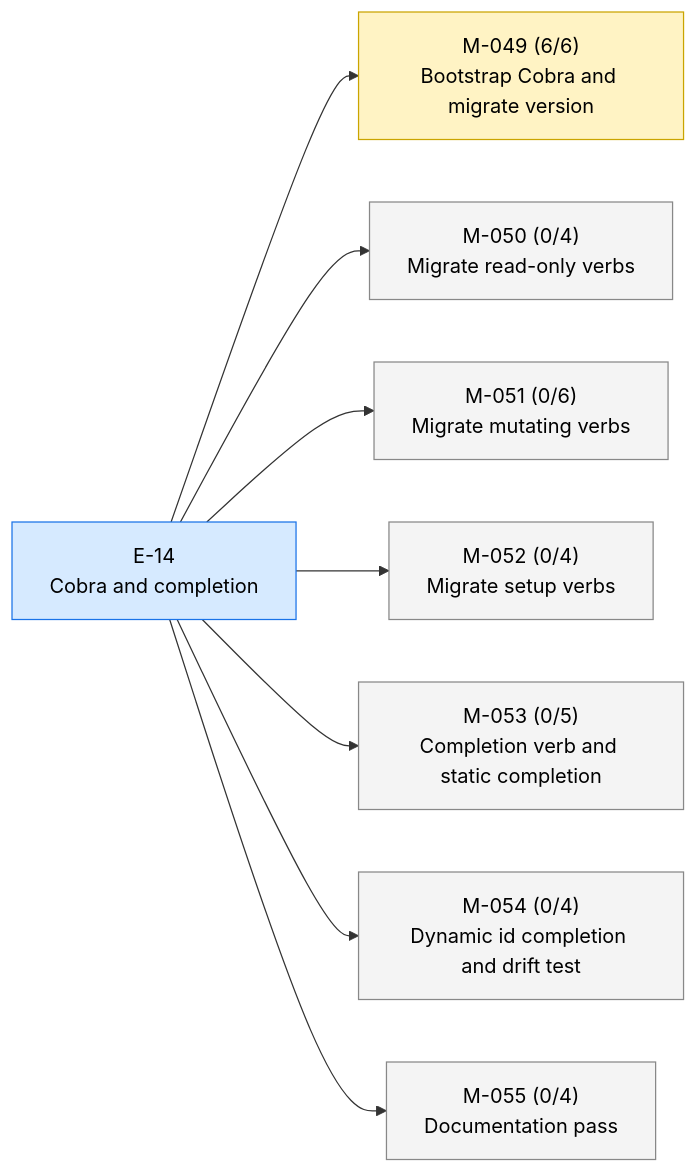
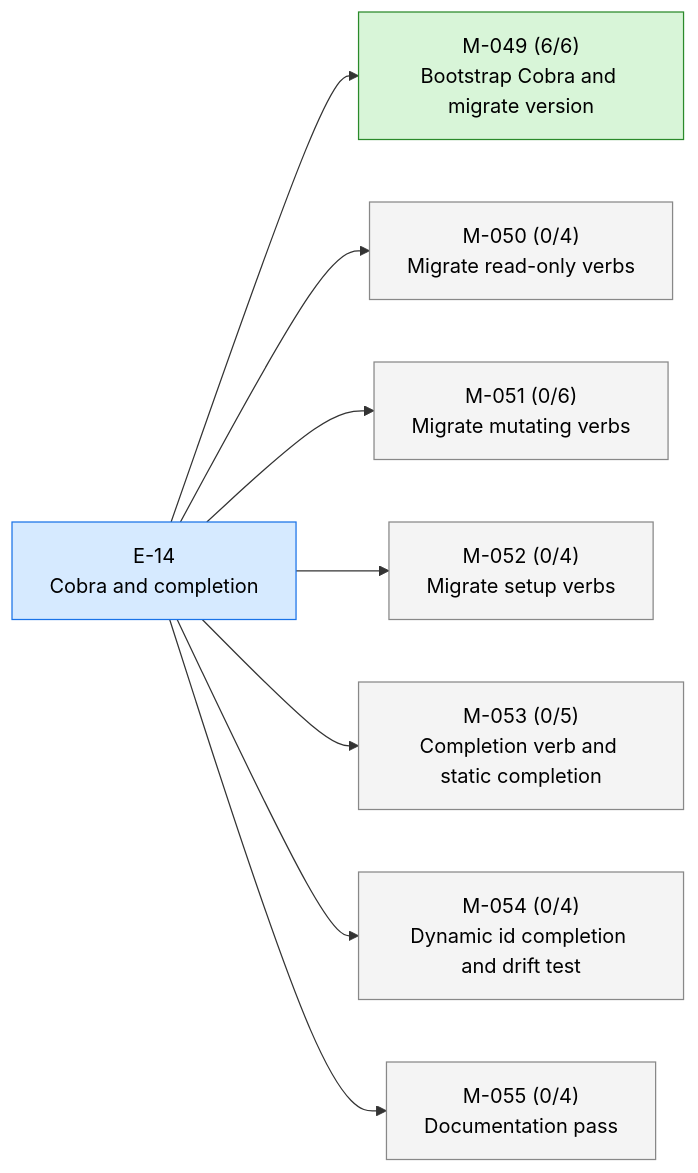
Before and after one commit to 23min/aiwf: the first of 2 diagrams in STATUS.md, drawn with Mermaid. The commit also changed other lines of this file and 1 other file, not shown here.

First line of the commit message:
aiwf promote M-049 in_progress -> done

````diff
--- a/STATUS.md
+++ b/STATUS.md
@@ -17,24 +17,24 @@
 ```mermaid
 flowchart LR
   E_14["E-14<br/>Cobra and completion"]:::epic_active
-  M_049["M-049 (6/6)<br/>Bootstrap Cobra and migrate version"]:::ms_in_progress
+  M_049["M-049 (6/6)<br/>Bootstrap Cobra and migrate version"]:::ms_done
   E_14 --> M_049
   M_050["M-050 (0/4)<br/>Migrate read-only verbs"]:::ms_draft
   E_14 --> M_050
   M_051["M-051 (0/6)<br/>Migrate mutating verbs"]:::ms_draft
   E_14 --> M_051
   M_052["M-052 (0/4)<br/>Migrate setup verbs"]:::ms_draft
   E_14 --> M_052
   M_053["M-053 (0/5)<br/>Completion verb and static completion"]:::ms_draft
   E_14 --> M_053
   M_054["M-054 (0/4)<br/>Dynamic id completion and drift test"]:::ms_draft
   E_14 --> M_054
   M_055["M-055 (0/4)<br/>Documentation pass"]:::ms_draft
   E_14 --> M_055
   classDef epic_active fill:#d6eaff,stroke:#1a73e8,color:#000
   classDef epic_proposed fill:#f4f4f4,stroke:#888,color:#000
   classDef ms_done fill:#d8f5d8,stroke:#2a8a2a,color:#000
   classDef ms_in_progress fill:#fff3c4,stroke:#caa400,color:#000
   classDef ms_draft fill:#f4f4f4,stroke:#888,color:#000
   classDef ms_cancelled fill:#fbeaea,stroke:#c33,color:#000
 ```
````
